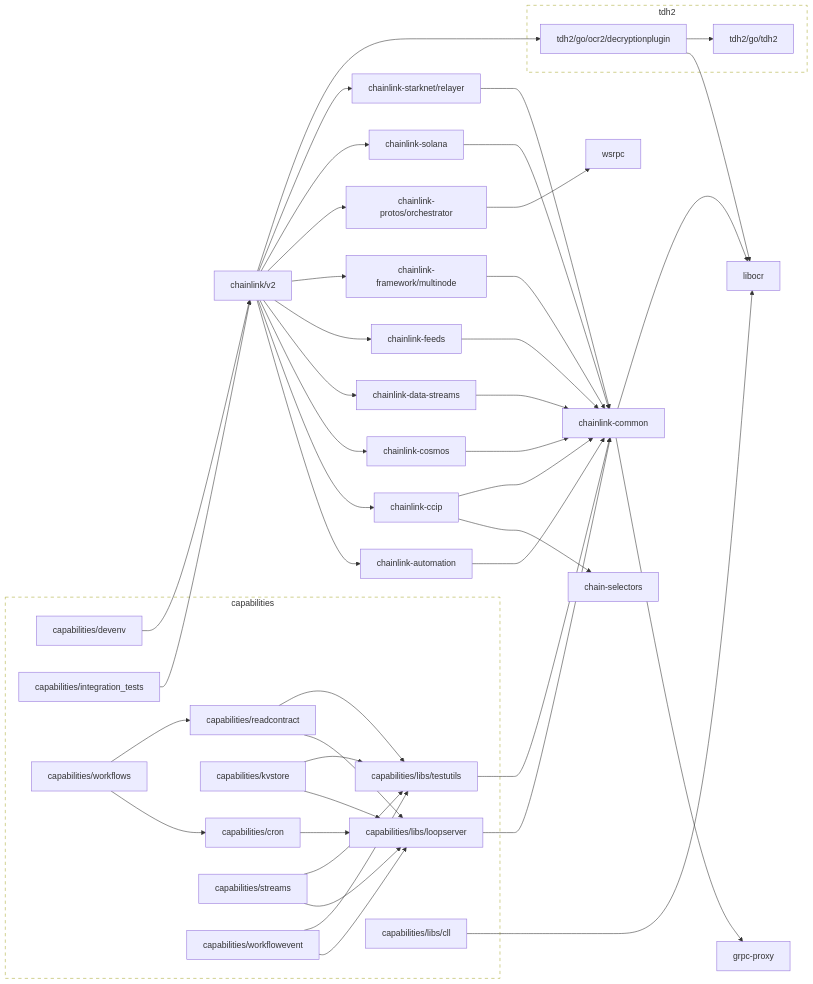
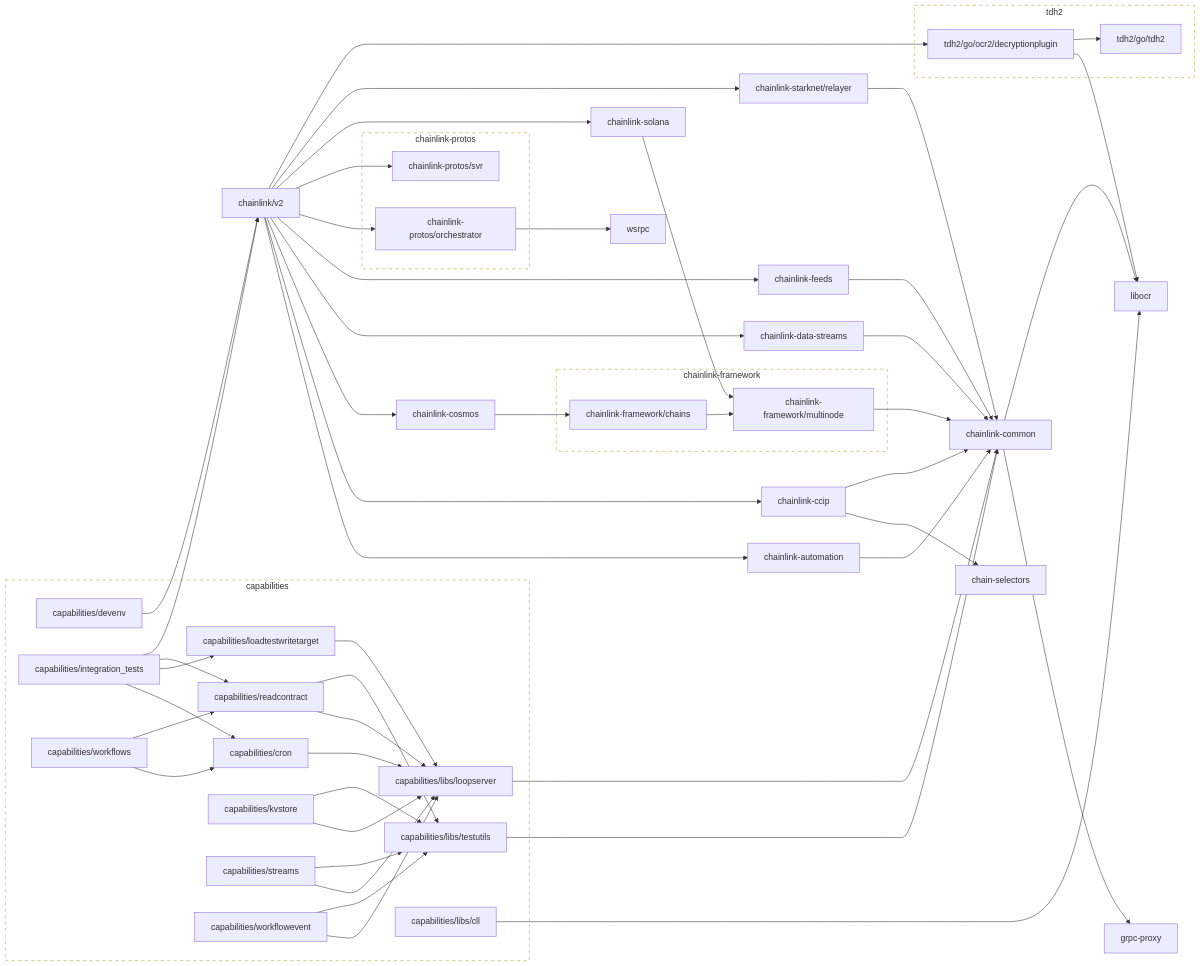
The diagram in go.md (smartcontractkit/capabilities), drawn with Mermaid before and after one commit.

Commit message:
modgraph

````diff
--- a/go.md
+++ b/go.md
@@ -6,6 +6,9 @@
 	click capabilities/cron href "https://github.com/smartcontractkit/capabilities"
 	capabilities/devenv --> chainlink/v2
 	click capabilities/devenv href "https://github.com/smartcontractkit/capabilities"
+	capabilities/integration_tests --> capabilities/cron
+	capabilities/integration_tests --> capabilities/loadtestwritetarget
+	capabilities/integration_tests --> capabilities/readcontract
 	capabilities/integration_tests --> chainlink/v2
 	click capabilities/integration_tests href "https://github.com/smartcontractkit/capabilities"
 	capabilities/kvstore --> capabilities/libs/loopserver
@@ -17,6 +20,8 @@
 	click capabilities/libs/loopserver href "https://github.com/smartcontractkit/capabilities"
 	capabilities/libs/testutils --> chainlink-common
 	click capabilities/libs/testutils href "https://github.com/smartcontractkit/capabilities"
+	capabilities/loadtestwritetarget --> capabilities/libs/loopserver
+	click capabilities/loadtestwritetarget href "https://github.com/smartcontractkit/capabilities"
 	capabilities/readcontract --> capabilities/libs/loopserver
 	capabilities/readcontract --> capabilities/libs/testutils
 	click capabilities/readcontract href "https://github.com/smartcontractkit/capabilities"
@@ -39,17 +44,21 @@
 	chainlink-common --> grpc-proxy
 	chainlink-common --> libocr
 	click chainlink-common href "https://github.com/smartcontractkit/chainlink-common"
-	chainlink-cosmos --> chainlink-common
+	chainlink-cosmos --> chainlink-framework/chains
 	click chainlink-cosmos href "https://github.com/smartcontractkit/chainlink-cosmos"
 	chainlink-data-streams --> chainlink-common
 	click chainlink-data-streams href "https://github.com/smartcontractkit/chainlink-data-streams"
 	chainlink-feeds --> chainlink-common
 	click chainlink-feeds href "https://github.com/smartcontractkit/chainlink-feeds"
+	chainlink-framework/chains --> chainlink-framework/multinode
+	click chainlink-framework/chains href "https://github.com/smartcontractkit/chainlink-framework"
 	chainlink-framework/multinode --> chainlink-common
 	click chainlink-framework/multinode href "https://github.com/smartcontractkit/chainlink-framework"
 	chainlink-protos/orchestrator --> wsrpc
 	click chainlink-protos/orchestrator href "https://github.com/smartcontractkit/chainlink-protos"
-	chainlink-solana --> chainlink-common
+	chainlink-protos/svr
+	click chainlink-protos/svr href "https://github.com/smartcontractkit/chainlink-protos"
+	chainlink-solana --> chainlink-framework/multinode
 	click chainlink-solana href "https://github.com/smartcontractkit/chainlink-solana"
 	chainlink-starknet/relayer --> chainlink-common
 	click chainlink-starknet/relayer href "https://github.com/smartcontractkit/chainlink-starknet"
@@ -58,8 +67,8 @@
 	chainlink/v2 --> chainlink-cosmos
 	chainlink/v2 --> chainlink-data-streams
 	chainlink/v2 --> chainlink-feeds
-	chainlink/v2 --> chainlink-framework/multinode
 	chainlink/v2 --> chainlink-protos/orchestrator
+	chainlink/v2 --> chainlink-protos/svr
 	chainlink/v2 --> chainlink-solana
 	chainlink/v2 --> chainlink-starknet/relayer
 	chainlink/v2 --> tdh2/go/ocr2/decryptionplugin
@@ -84,12 +93,25 @@
 		 capabilities/libs/cll
 		 capabilities/libs/loopserver
 		 capabilities/libs/testutils
+		 capabilities/loadtestwritetarget
 		 capabilities/readcontract
 		 capabilities/streams
 		 capabilities/workflowevent
 		 capabilities/workflows
 	end
 	click capabilities-repo href "https://github.com/smartcontractkit/capabilities"
+
+	subgraph chainlink-framework-repo[chainlink-framework]
+		 chainlink-framework/chains
+		 chainlink-framework/multinode
+	end
+	click chainlink-framework-repo href "https://github.com/smartcontractkit/chainlink-framework"
+
+	subgraph chainlink-protos-repo[chainlink-protos]
+		 chainlink-protos/orchestrator
+		 chainlink-protos/svr
+	end
+	click chainlink-protos-repo href "https://github.com/smartcontractkit/chainlink-protos"
 
 	subgraph tdh2-repo[tdh2]
 		 tdh2/go/ocr2/decryptionplugin
@@ -98,5 +120,5 @@
 	click tdh2-repo href "https://github.com/smartcontractkit/tdh2"
 
 	classDef outline stroke-dasharray:6,fill:none;
-	class capabilities-repo,tdh2-repo outline
+	class capabilities-repo,chainlink-framework-repo,chainlink-protos-repo,tdh2-repo outline
 ```
````
